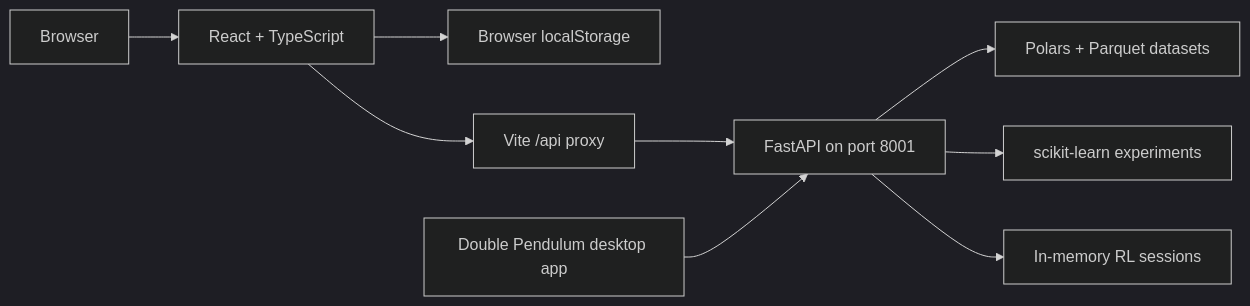
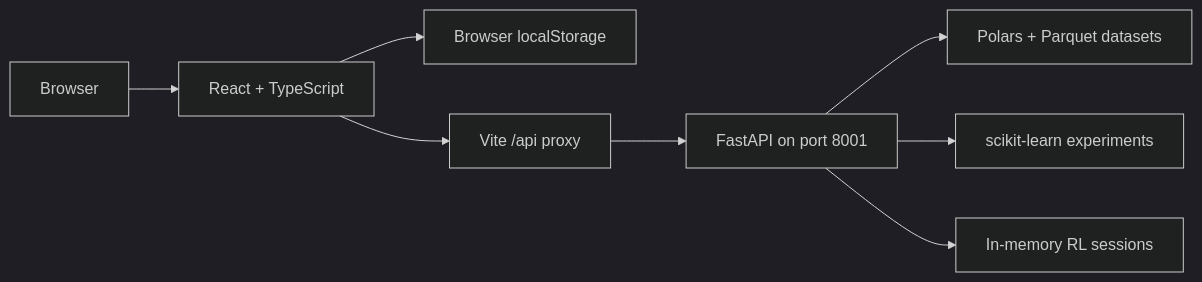
One commit to AndreNalinChrisostomo/Sherlock changed the diagram in README.md. Above: the diagram before and after it, drawn with Mermaid (dark theme). The commit also changed other lines of this file, not shown here.

Commit message:
docs: correct lab status and remove pendulum references

````diff
--- a/README.md
+++ b/README.md
@@ -116,11 +111,10 @@
 ```mermaid
 flowchart LR
     User[Browser] --> UI[React + TypeScript]
     UI --> BrowserStore[Browser localStorage]
     UI --> Proxy[Vite /api proxy]
     Proxy --> API[FastAPI on port 8001]
     API --> Data[Polars + Parquet datasets]
     API --> ML[scikit-learn experiments]
     API --> RL[In-memory RL sessions]
-    Desktop[Double Pendulum desktop app] --> API
 ```
````
